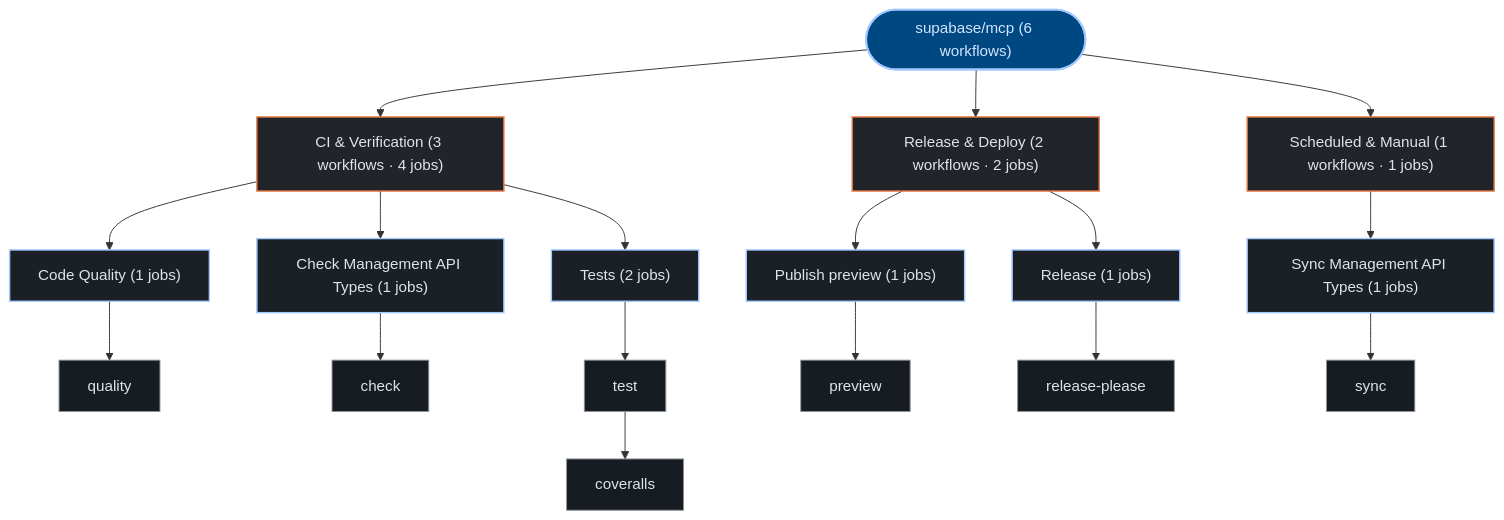
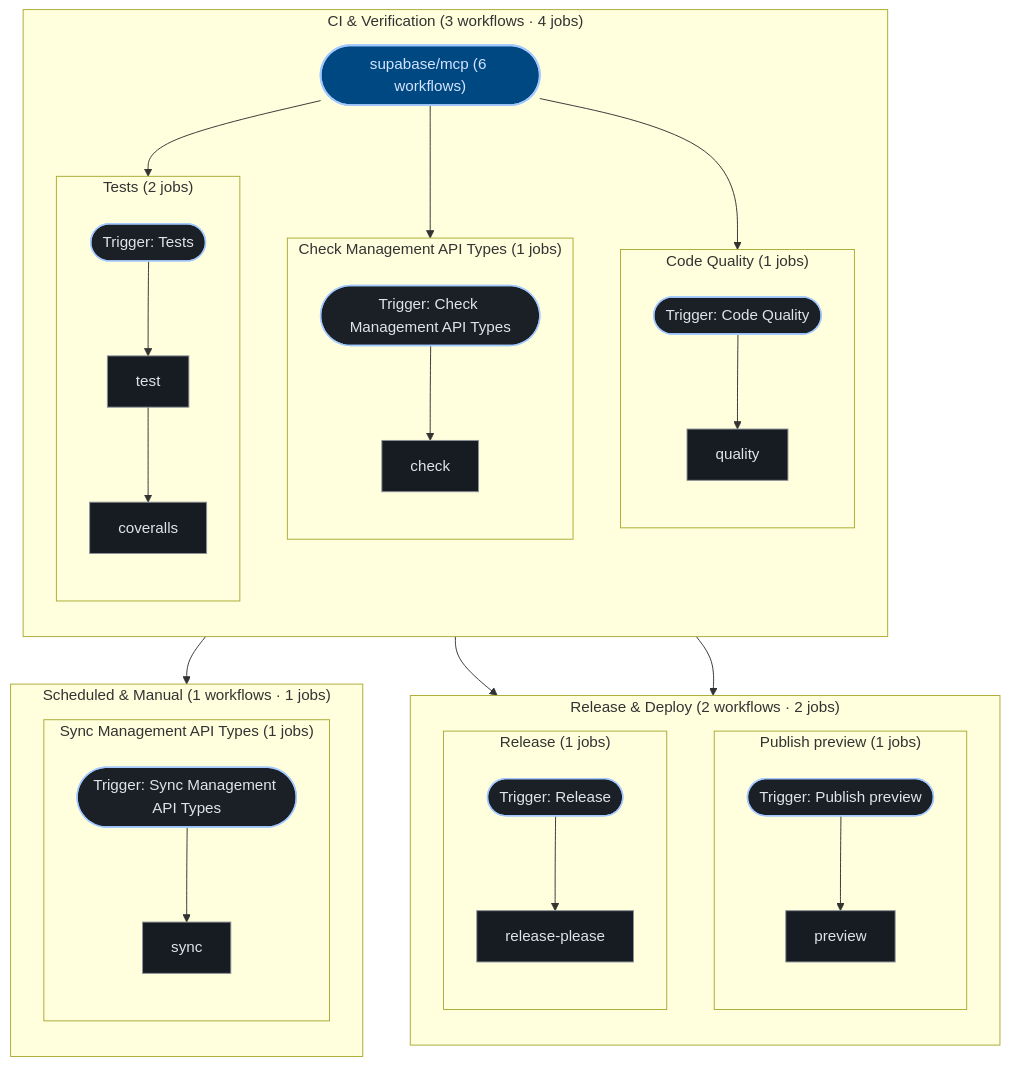
One commit to kumarshaz/atruss-code-atlas changed the third of 3 diagrams in exports/latest/reports/supabase-mcp-report.md. Above: the diagram before and after it, drawn with Mermaid. The commit also changed 181 other files, not shown here.

````diff
--- a/exports/latest/reports/supabase-mcp-report.md
+++ b/exports/latest/reports/supabase-mcp-report.md
@@ -186,43 +186,64 @@
 ```mermaid
 graph TD;
   classDef atlasRoot fill:#004882,stroke:#a3c9ff,stroke-width:2px,color:#d3e4ff
   classDef atlasCategory fill:#212428,stroke:#E87A48,stroke-width:1.5px,color:#dfe3eb
   classDef atlasWorkflow fill:#1b2026,stroke:#a3c9ff,stroke-width:1.5px,color:#dfe3eb
   classDef atlasJob fill:#171c22,stroke:#8d9199,stroke-width:1px,color:#dfe3eb
   classDef atlasTarget fill:#005227,stroke:#8bd99b,stroke-width:1.5px,color:#a7f6b6
   classDef atlasAlert fill:#93000a,stroke:#ffb4ab,stroke-width:1.5px,color:#ffdad6
   classDef atlasMore fill:#252a31,stroke:#8d9199,stroke-dasharray:4 4,color:#c3c6cf
   pipeline_root(["supabase/mcp (6 workflows)"]):::atlasRoot
-  grp_0_CI___Verification["CI & Verification (3 workflows · 4 jobs)"]:::atlasCategory
-  pipeline_root --> grp_0_CI___Verification
-  wf_0_Code_Quality["Code Quality (1 jobs)"]:::atlasWorkflow
-  grp_0_CI___Verification --> wf_0_Code_Quality
-  job_0_quality["quality"]:::atlasJob
-  wf_0_Code_Quality --> job_0_quality
-  wf_1_Check_Management_API_Types["Check Management API Types (1 jobs)"]:::atlasWorkflow
-  grp_0_CI___Verification --> wf_1_Check_Management_API_Types
-  job_1_check["check"]:::atlasJob
-  wf_1_Check_Management_API_Types --> job_1_check
-  wf_5_Tests["Tests (2 jobs)"]:::atlasWorkflow
-  grp_0_CI___Verification --> wf_5_Tests
-  job_5_test["test"]:::atlasJob
-  job_5_coveralls["coveralls"]:::atlasJob
-  wf_5_Tests --> job_5_test
-  job_5_test --> job_5_coveralls
-  grp_1_Release___Deploy["Release & Deploy (2 workflows · 2 jobs)"]:::atlasCategory
-  pipeline_root --> grp_1_Release___Deploy
-  wf_2_Publish_preview["Publish preview (1 jobs)"]:::atlasWorkflow
-  grp_1_Release___Deploy --> wf_2_Publish_preview
-  job_2_preview["preview"]:::atlasJob
-  wf_2_Publish_preview --> job_2_preview
-  wf_3_Release["Release (1 jobs)"]:::atlasWorkflow
-  grp_1_Release___Deploy --> wf_3_Release
-  job_3_release_please["release-please"]:::atlasJob
-  wf_3_Release --> job_3_release_please
-  grp_2_Scheduled___Manual["Scheduled & Manual (1 workflows · 1 jobs)"]:::atlasCategory
-  pipeline_root --> grp_2_Scheduled___Manual
-  wf_4_Sync_Management_API_Types["Sync Management API Types (1 jobs)"]:::atlasWorkflow
-  grp_2_Scheduled___Manual --> wf_4_Sync_Management_API_Types
-  job_4_sync["sync"]:::atlasJob
-  wf_4_Sync_Management_API_Types --> job_4_sync
+  subgraph sg_grp_0_CI___Verification["CI & Verification (3 workflows · 4 jobs)"]
+    direction TB
+    subgraph sg_wf_0_Code_Quality["Code Quality (1 jobs)"]
+      direction TB
+      wf_0_Code_Quality(["Trigger: Code Quality"]):::atlasWorkflow
+      job_0_quality["quality"]:::atlasJob
+      wf_0_Code_Quality --> job_0_quality
+    end
+    pipeline_root --> wf_0_Code_Quality
+    subgraph sg_wf_1_Check_Management_API_Types["Check Management API Types (1 jobs)"]
+      direction TB
+      wf_1_Check_Management_API_Types(["Trigger: Check Management API Types"]):::atlasWorkflow
+      job_1_check["check"]:::atlasJob
+      wf_1_Check_Management_API_Types --> job_1_check
+    end
+    pipeline_root --> wf_1_Check_Management_API_Types
+    subgraph sg_wf_5_Tests["Tests (2 jobs)"]
+      direction TB
+      wf_5_Tests(["Trigger: Tests"]):::atlasWorkflow
+      job_5_test["test"]:::atlasJob
+      job_5_coveralls["coveralls"]:::atlasJob
+      wf_5_Tests --> job_5_test
+      job_5_test --> job_5_coveralls
+    end
+    pipeline_root --> wf_5_Tests
+  end
+  subgraph sg_grp_1_Release___Deploy["Release & Deploy (2 workflows · 2 jobs)"]
+    direction TB
+    subgraph sg_wf_2_Publish_preview["Publish preview (1 jobs)"]
+      direction TB
+      wf_2_Publish_preview(["Trigger: Publish preview"]):::atlasWorkflow
+      job_2_preview["preview"]:::atlasJob
+      wf_2_Publish_preview --> job_2_preview
+    end
+    pipeline_root --> wf_2_Publish_preview
+    subgraph sg_wf_3_Release["Release (1 jobs)"]
+      direction TB
+      wf_3_Release(["Trigger: Release"]):::atlasWorkflow
+      job_3_release_please["release-please"]:::atlasJob
+      wf_3_Release --> job_3_release_please
+    end
+    pipeline_root --> wf_3_Release
+  end
+  subgraph sg_grp_2_Scheduled___Manual["Scheduled & Manual (1 workflows · 1 jobs)"]
+    direction TB
+    subgraph sg_wf_4_Sync_Management_API_Types["Sync Management API Types (1 jobs)"]
+      direction TB
+      wf_4_Sync_Management_API_Types(["Trigger: Sync Management API Types"]):::atlasWorkflow
+      job_4_sync["sync"]:::atlasJob
+      wf_4_Sync_Management_API_Types --> job_4_sync
+    end
+    pipeline_root --> wf_4_Sync_Management_API_Types
+  end
 ```
````
